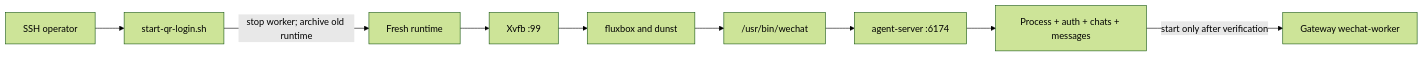
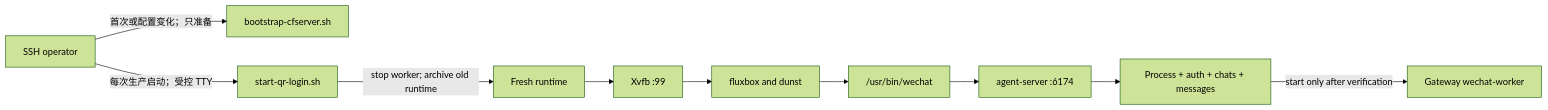
The first of 2 diagrams in docs/01_架构设计.md (Tangbohu09527/CF_agent-wechat), drawn with Mermaid (forest theme) before and after one commit. The commit also changed other lines of this file and 17 other files, not shown here.

Commit message:
docs(runtime): document manual fresh QR production flow

````diff
--- a/docs/01_架构设计.md
+++ b/docs/01_架构设计.md
@@ -7,20 +7,22 @@
 ```mermaid
 flowchart LR
     O["SSH operator"]
+    B["bootstrap-cfserver.sh"]
     Q["start-qr-login.sh"]
     R["Fresh runtime"]
     X["Xvfb :99"]
     D["fluxbox and dunst"]
     W["/usr/bin/wechat"]
     A["agent-server :6174"]
     V["Process + auth + chats + messages"]
     G["Gateway wechat-worker"]
-    O --> Q
+    O -->|"首次或配置变化；只准备"| B
+    O -->|"每次生产启动；受控 TTY"| Q
     Q -->|"stop worker; archive old runtime"| R
     R --> X
     X --> D
     D --> W
     W --> A
     A --> V
     V -->|"start only after verification"| G
 ```
````
